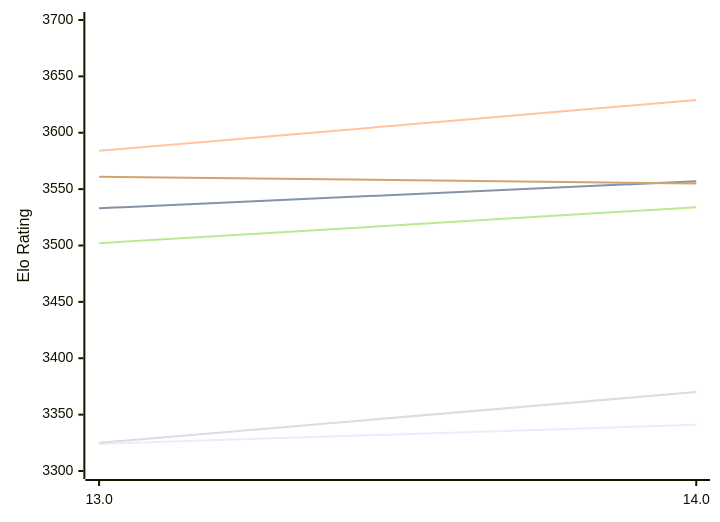
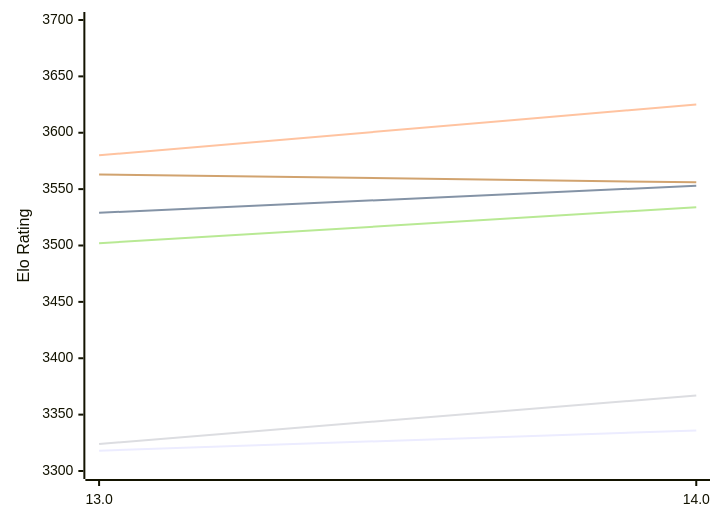
Before and after one commit to computer-chess-index/cci: the first of 2 diagrams in engines/Tcheran.md, drawn with Mermaid. The commit also changed other lines of this file, not shown here.

Commit message:
Update CCI Ratings (ELO VLTC) - 2026-11-26

````diff
--- a/engines/Tcheran.md
+++ b/engines/Tcheran.md
@@ -55,12 +55,12 @@
 ```mermaid
 %%{init: {"theme":"base","themeVariables":{"seriesColors:['#a3a3a3','#222221','#faa371']}}}%%
 xychart-beta
   x-axis ["13.0", "14.0"]
   y-axis "Elo Rating" 3300 --> 3700
-  line "E1: STC (8.0+0.08s)" [3324, 3341]
-  line "E1: LTC (60.0+0.60s)" [3533, 3557]
-  line "E1: VLTC (2m24s+1.12s)" [3584, 3629]
-  line "P1: STC (8.0+0.08s)" [3325, 3370]
+  line "E1: STC (8.0+0.08s)" [3318, 3336]
+  line "E1: LTC (60.0+0.60s)" [3529, 3553]
+  line "E1: VLTC (2m24s+1.12s)" [3580, 3625]
+  line "P1: STC (8.0+0.08s)" [3324, 3367]
   line "P1: LTC (60.0+0.60s)" [3502, 3534]
-  line "P1: VLTC (2m24s+1.12s)" [3561, 3555]
+  line "P1: VLTC (2m24s+1.12s)" [3563, 3556]
 ```
````
